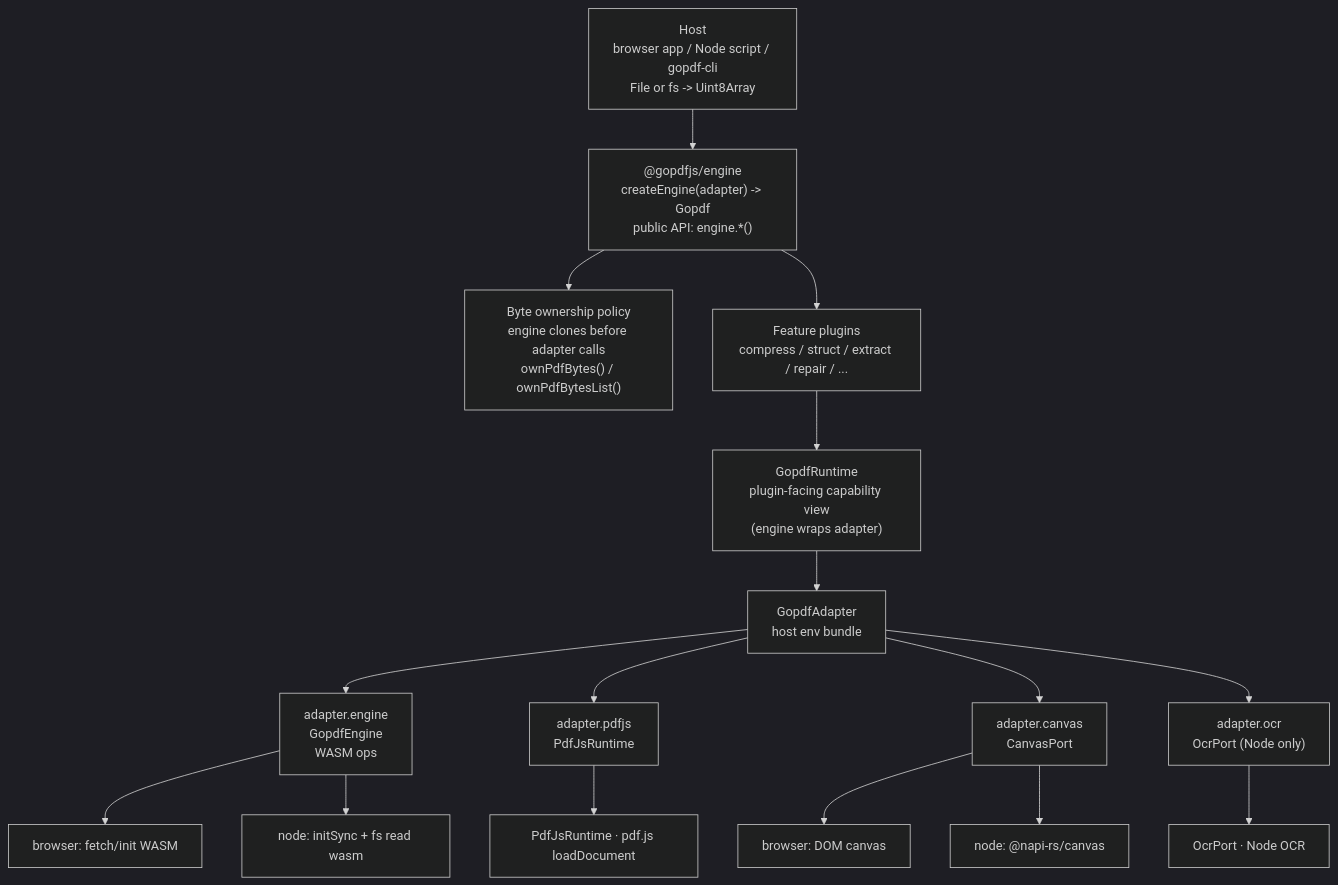
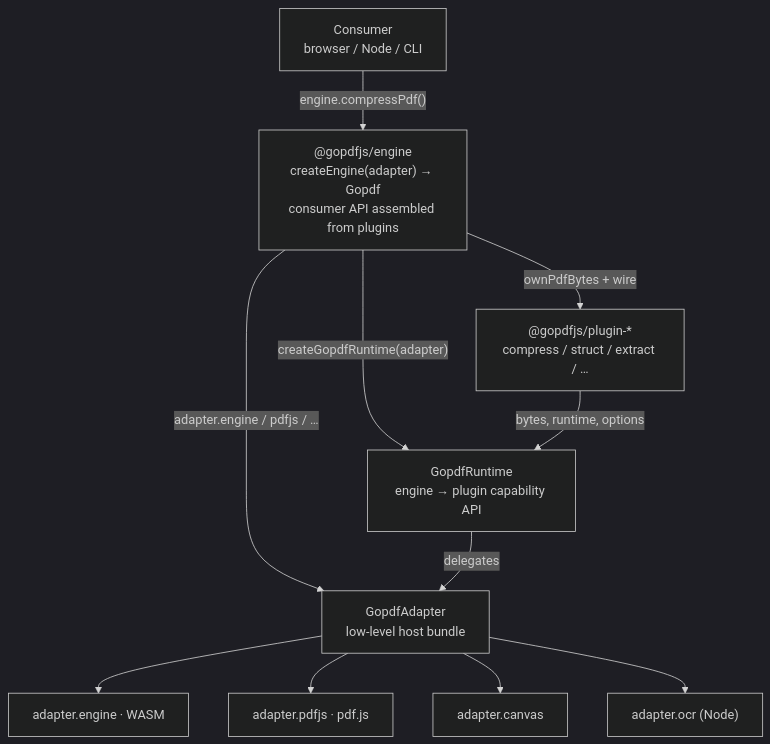
Before and after one commit to gopdfjs/gopdfjs: the diagram in .spec/rfc/0058-engine-plugin-charter.md, drawn with Mermaid (dark theme). The commit also changed other lines of this file and 35 other files, not shown here.

````diff
--- a/.spec/rfc/0058-engine-plugin-charter.md
+++ b/.spec/rfc/0058-engine-plugin-charter.md
@@ -78,20 +107,16 @@
 ```mermaid
 flowchart TD
-    Host["Host<br/>browser app / Node script / gopdf-cli<br/>File or fs -> Uint8Array"] --> Engine["@gopdfjs/engine<br/>createEngine(adapter) -> Gopdf<br/>public API: engine.*()"]
-    Engine --> Ownership["Byte ownership policy<br/>engine clones before adapter calls<br/>ownPdfBytes() / ownPdfBytesList()"]
-    Engine --> Plugins["Feature plugins<br/>compress / struct / extract / repair / ..."]
-    Plugins --> Runtime["GopdfRuntime<br/>plugin-facing capability view<br/>(engine wraps adapter)"]
-    Runtime --> Adapter["GopdfAdapter<br/>host env bundle"]
+    Consumer["Consumer<br/>browser / Node / CLI"] -->|"engine.compressPdf()"| Engine["@gopdfjs/engine<br/>createEngine(adapter) → Gopdf<br/>consumer API assembled from plugins"]
 
-    Adapter --> AEngine["adapter.engine<br/>GopdfEngine<br/>WASM ops"]
-    Adapter --> APdfjs["adapter.pdfjs<br/>PdfJsRuntime"]
-    Adapter --> ACanvas["adapter.canvas<br/>CanvasPort"]
-    Adapter --> AOcr["adapter.ocr<br/>OcrPort (Node only)"]
+    Engine -->|"ownPdfBytes + wire"| Plugins["@gopdfjs/plugin-*<br/>compress / struct / extract / …"]
+    Engine -->|"createGopdfRuntime(adapter)"| Runtime["GopdfRuntime<br/>engine → plugin capability API"]
+    Engine -->|"adapter.engine / pdfjs / …"| Adapter["GopdfAdapter<br/>low-level host bundle"]
 
-    AEngine --> BrowserWasm["browser: fetch/init WASM"]
-    AEngine --> NodeWasm["node: initSync + fs read wasm"]
-    APdfjs --> Pdfjs["PdfJsRuntime · pdf.js loadDocument"]
-    ACanvas --> BrowserCanvas["browser: DOM canvas"]
-    ACanvas --> NodeCanvas["node: @napi-rs/canvas"]
-    AOcr --> NodeOcr["OcrPort · Node OCR"]
+    Plugins -->|"bytes, runtime, options"| Runtime
+    Runtime -->|"delegates"| Adapter
+
+    Adapter --> AEngine["adapter.engine · WASM"]
+    Adapter --> APdfjs["adapter.pdfjs · pdf.js"]
+    Adapter --> ACanvas["adapter.canvas"]
+    Adapter --> AOcr["adapter.ocr (Node)"]
 ```
````
